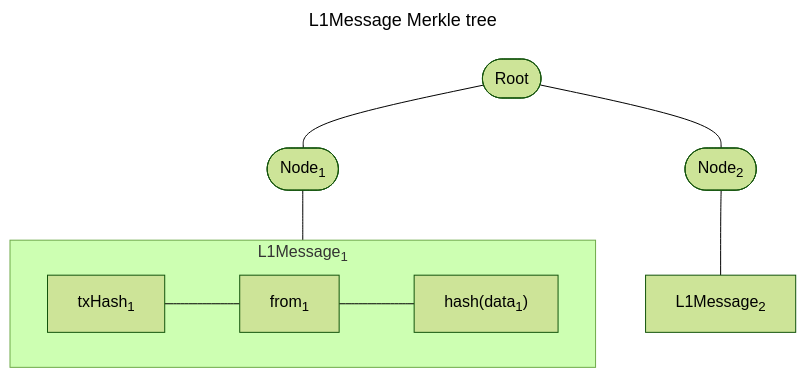
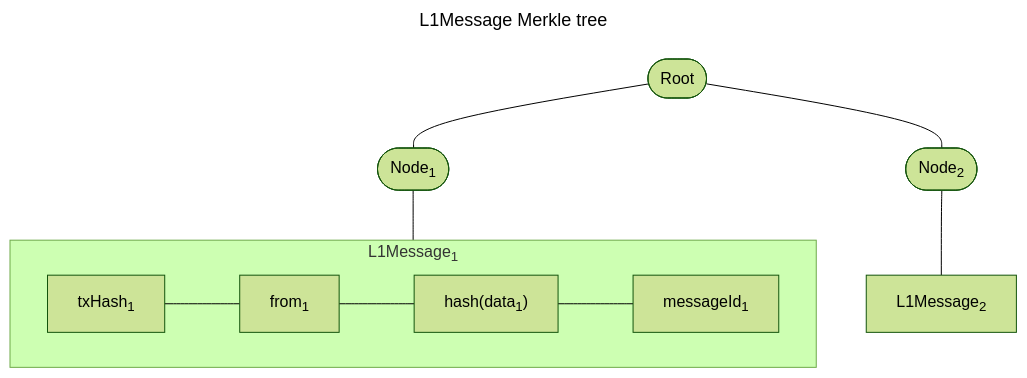
The third of 3 diagrams in docs/l2/withdrawals.md (lambdaclass/ethrex), drawn with Mermaid (forest theme) before and after one commit. The commit also changed other lines of this file, not shown here.

Commit message:
docs: add message ID to merkle tree format part

````diff
--- a/docs/l2/withdrawals.md
+++ b/docs/l2/withdrawals.md
@@ -153,28 +160,30 @@
 ```mermaid
 ---
 title: L1Message Merkle tree
 ---
 flowchart TD
     
     Msg2[L1Message<sub>2</sub>]
     Root([Root])
     Node1([Node<sub>1</sub>])
     Node2([Node<sub>2</sub>])
 
     Root --- Node1
     Root --- Node2
 
     subgraph Msg1["L1Message<sub>1</sub>"]
         direction LR
 
         txHash1["txHash<sub>1</sub>"]
         from1["from<sub>1</sub>"]
         dataHash1["hash(data<sub>1</sub>)"]
+        messageId1["messageId<sub>1</sub>"]
 
         txHash1 --- from1
         from1 --- dataHash1
+        dataHash1 --- messageId1
     end
 
     Node1 --- Msg1
     Node2 --- Msg2
 ```
````
